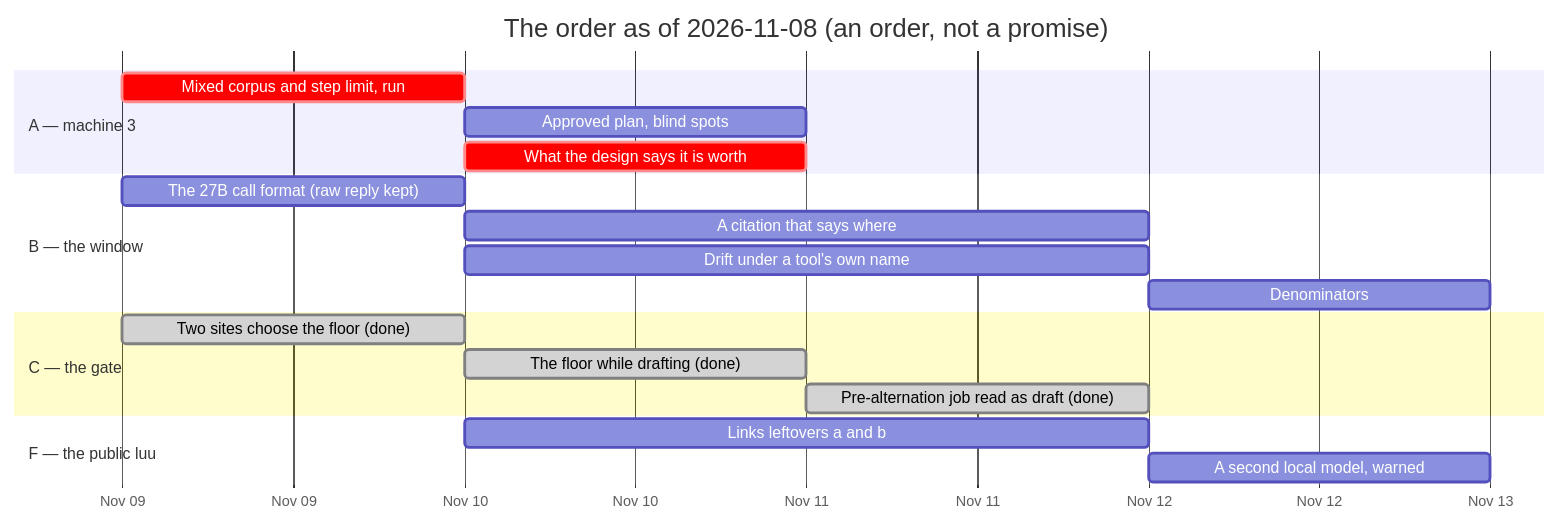
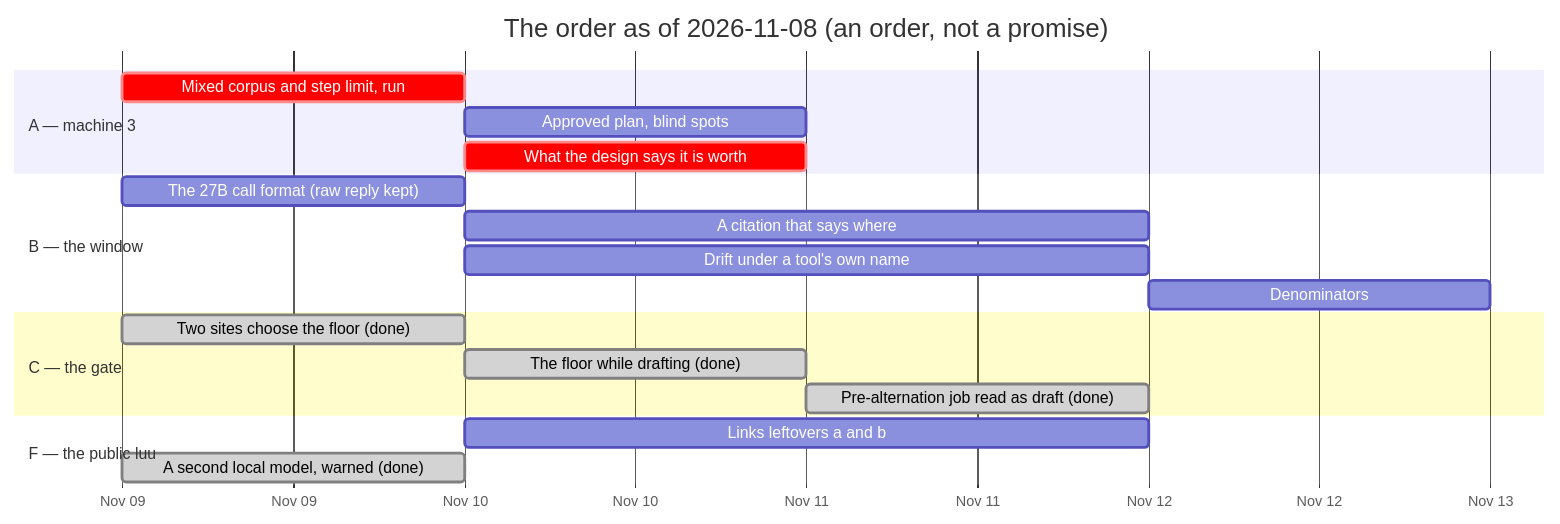
One commit to jgermade/luu changed the diagram in ROADMAP/2026-11-08/README.md. Above: the diagram before and after it, drawn with Mermaid. The commit also changed other lines of this file and 23 other files, not shown here.

First line of the commit message:
A second local model, warned about (row 73)

````diff
--- a/ROADMAP/2026-11-08/README.md
+++ b/ROADMAP/2026-11-08/README.md
@@ -161,22 +161,22 @@
 ```mermaid
 gantt
     title The order as of 2026-11-08 (an order, not a promise)
     dateFormat YYYY-MM-DD
     axisFormat %b %d
     section A — machine 3
     Mixed corpus and step limit, run       :crit, run, 2026-11-09, 1d
     Approved plan, blind spots             :appr, after run, 1d
     What the design says it is worth       :crit, claim, after run, 1d
     section B — the window
     The 27B call format (raw reply kept)   :fmt, 2026-11-09, 1d
     A citation that says where             :ptr, after run, 2d
     Drift under a tool's own name          :drift, after fmt, 2d
     Denominators                           :tally, after drift, 1d
     section C — the gate
     Two sites choose the floor (done)      :done, sites, 2026-11-09, 1d
     The floor while drafting (done)        :done, floor, after sites, 1d
     Pre-alternation job read as draft (done) :done, prealt, after floor, 1d
     section F — the public luu
     Links leftovers a and b                :links, 2026-11-10, 2d
-    A second local model, warned           :mem, after links, 1d
+    A second local model, warned (done)    :done, mem, 2026-11-09, 1d
 ```
````
